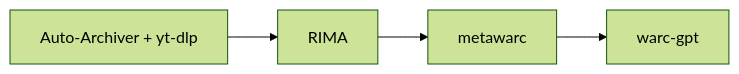
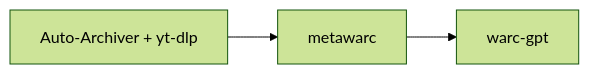
One commit to ruarxive/ruarxive.github.io changed the fifth of 7 diagrams in kb/instruments/landscape-2026.md. Above: the diagram before and after it, drawn with Mermaid (forest theme). The commit also changed other lines of this file and 26 other files, not shown here.

````diff
--- a/kb/instruments/landscape-2026.md
+++ b/kb/instruments/landscape-2026.md
@@ -277,4 +277,4 @@
 ```mermaid
 flowchart LR
-    A["Auto-Archiver + yt-dlp"] --> B["RIMA"] --> C["metawarc"] --> D["warc-gpt"]
+    A["Auto-Archiver + yt-dlp"] --> B["metawarc"] --> C["warc-gpt"]
 ```
````
